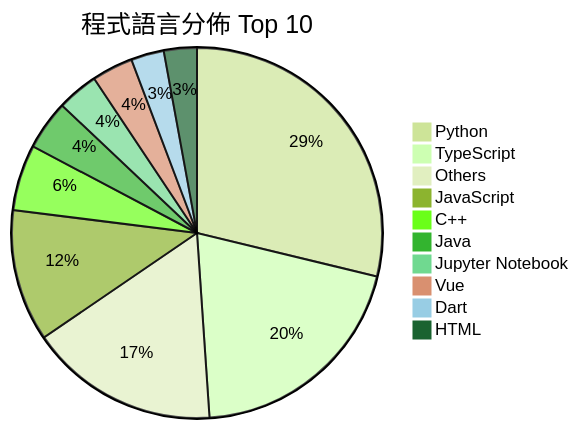
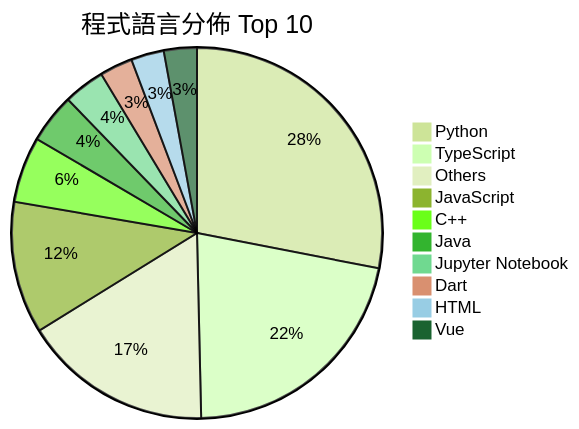
Before and after one commit to Andy87877/GitHub-Star-Manager: the second of 2 diagrams in README.md, drawn with Mermaid (forest theme). The commit also changed other lines of this file and 3 other files, not shown here.

````diff
--- a/README.md
+++ b/README.md
@@ -27,13 +27,13 @@
 ```mermaid
 pie title 程式語言分佈 Top 10
-    "Python" : 40
-    "TypeScript" : 28
+    "Python" : 39
+    "TypeScript" : 30
     "Others" : 23
     "JavaScript" : 16
     "C++" : 8
     "Java" : 6
     "Jupyter Notebook" : 5
-    "Vue" : 5
     "Dart" : 4
     "HTML" : 4
+    "Vue" : 4
 ```
````
